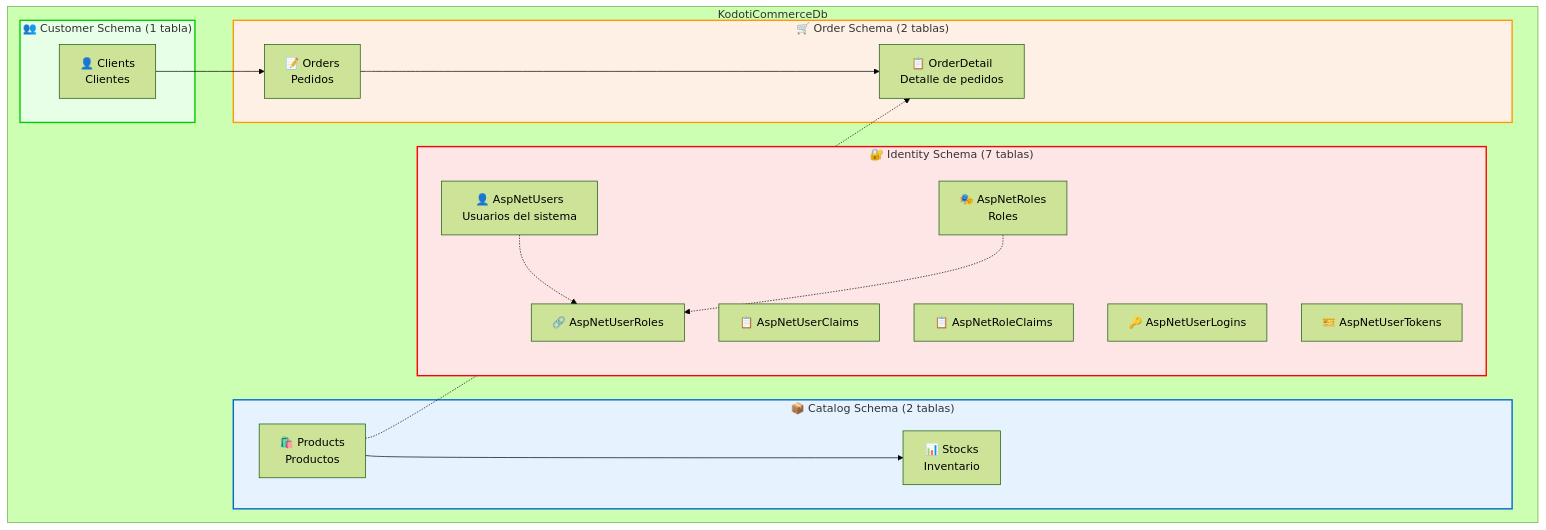
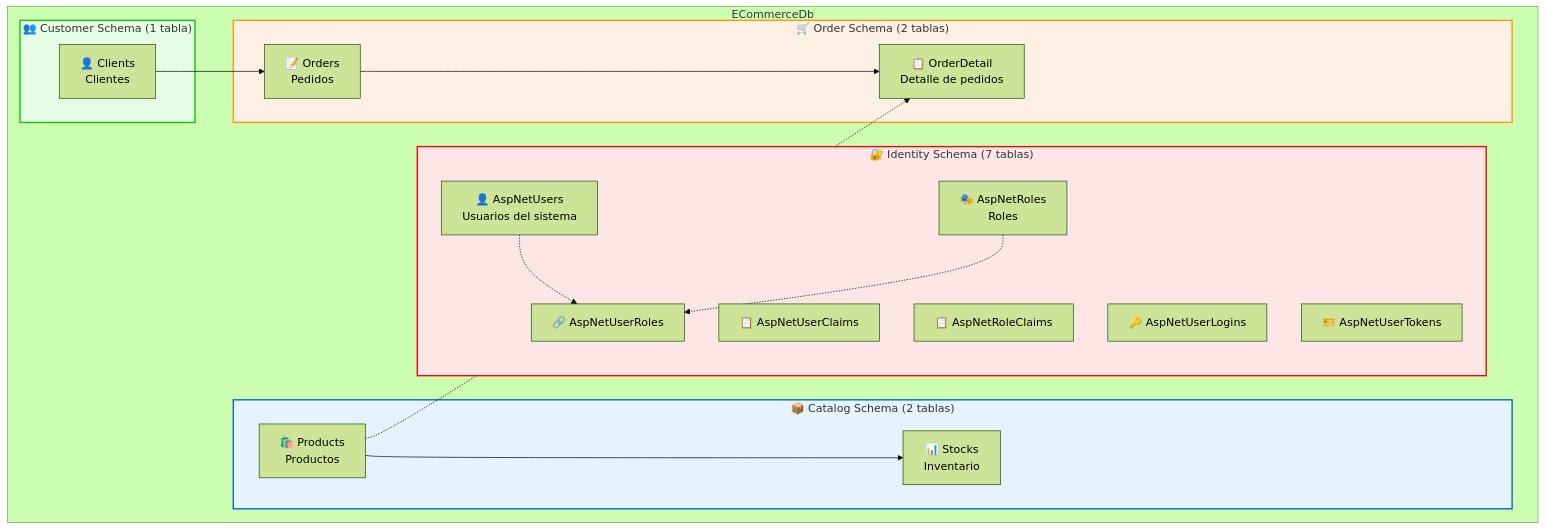
The first of 4 diagrams in DATABASE_DIAGRAM.md (MiltonMolloja/ECommerceMicroserviceArchitecture), drawn with Mermaid (forest theme) before and after one commit. The commit also changed other lines of this file and 32 other files, not shown here.

````diff
--- a/DATABASE_DIAGRAM.md
+++ b/DATABASE_DIAGRAM.md
@@ -5,40 +5,40 @@
 ```mermaid
 graph TB
-    subgraph DB[KodotiCommerceDb]
+    subgraph DB[ECommerceDb]
         subgraph Identity["🔐 Identity Schema (7 tablas)"]
             Users[👤 AspNetUsers<br/>Usuarios del sistema]
             Roles[🎭 AspNetRoles<br/>Roles]
             UserRoles[🔗 AspNetUserRoles]
             UserClaims[📋 AspNetUserClaims]
             RoleClaims[📋 AspNetRoleClaims]
             UserLogins[🔑 AspNetUserLogins]
             UserTokens[🎫 AspNetUserTokens]
         end
         
         subgraph Catalog["📦 Catalog Schema (2 tablas)"]
             Products[🛍️ Products<br/>Productos]
             Stocks[📊 Stocks<br/>Inventario]
         end
         
         subgraph Customer["👥 Customer Schema (1 tabla)"]
             Clients[👤 Clients<br/>Clientes]
         end
         
         subgraph Order["🛒 Order Schema (2 tablas)"]
             Orders[📝 Orders<br/>Pedidos]
             OrderDetails[📋 OrderDetail<br/>Detalle de pedidos]
         end
     end
     
     Users -.-> UserRoles
     Roles -.-> UserRoles
     Products --> Stocks
     Clients --> Orders
     Orders --> OrderDetails
     Products -.-> OrderDetails
     
     style Identity fill:#ffe6e6,stroke:#ff0000,stroke-width:2px
     style Catalog fill:#e6f3ff,stroke:#0066cc,stroke-width:2px
     style Customer fill:#e6ffe6,stroke:#00cc00,stroke-width:2px
     style Order fill:#fff0e6,stroke:#ff9900,stroke-width:2px
 ```
````
